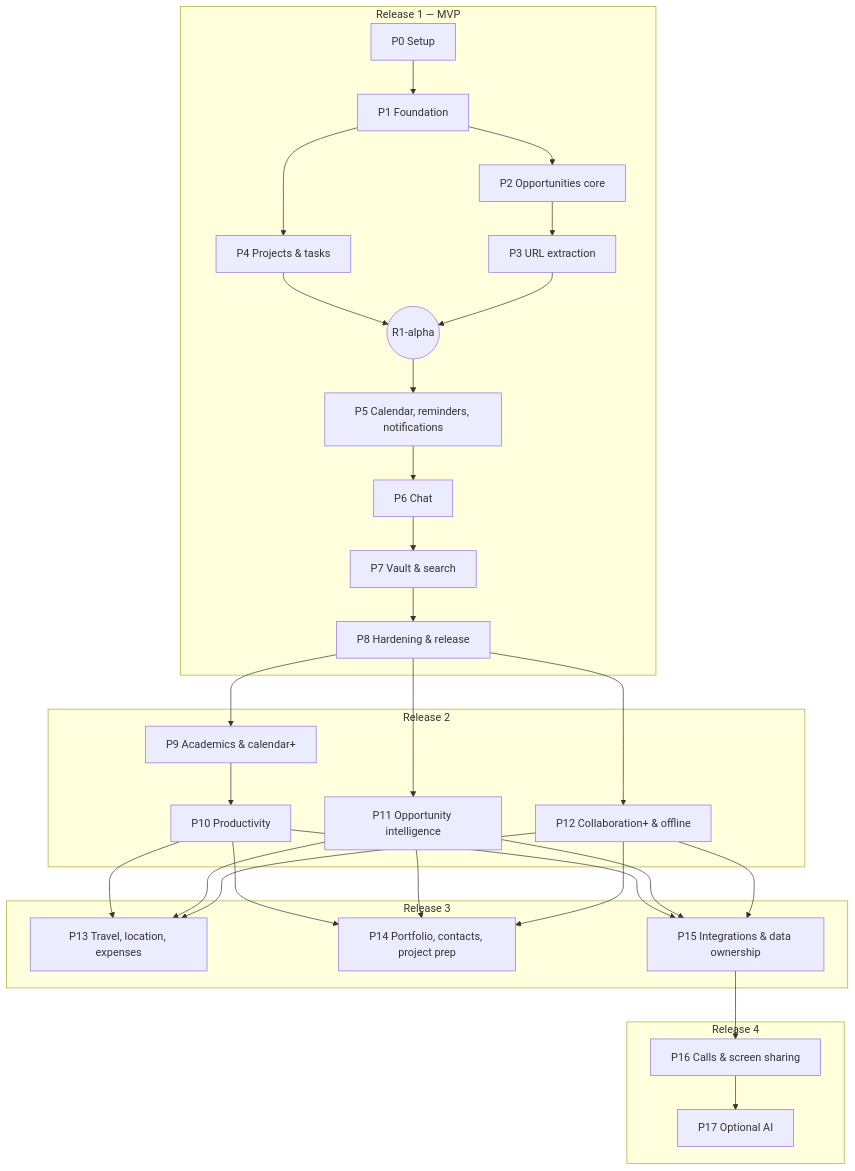
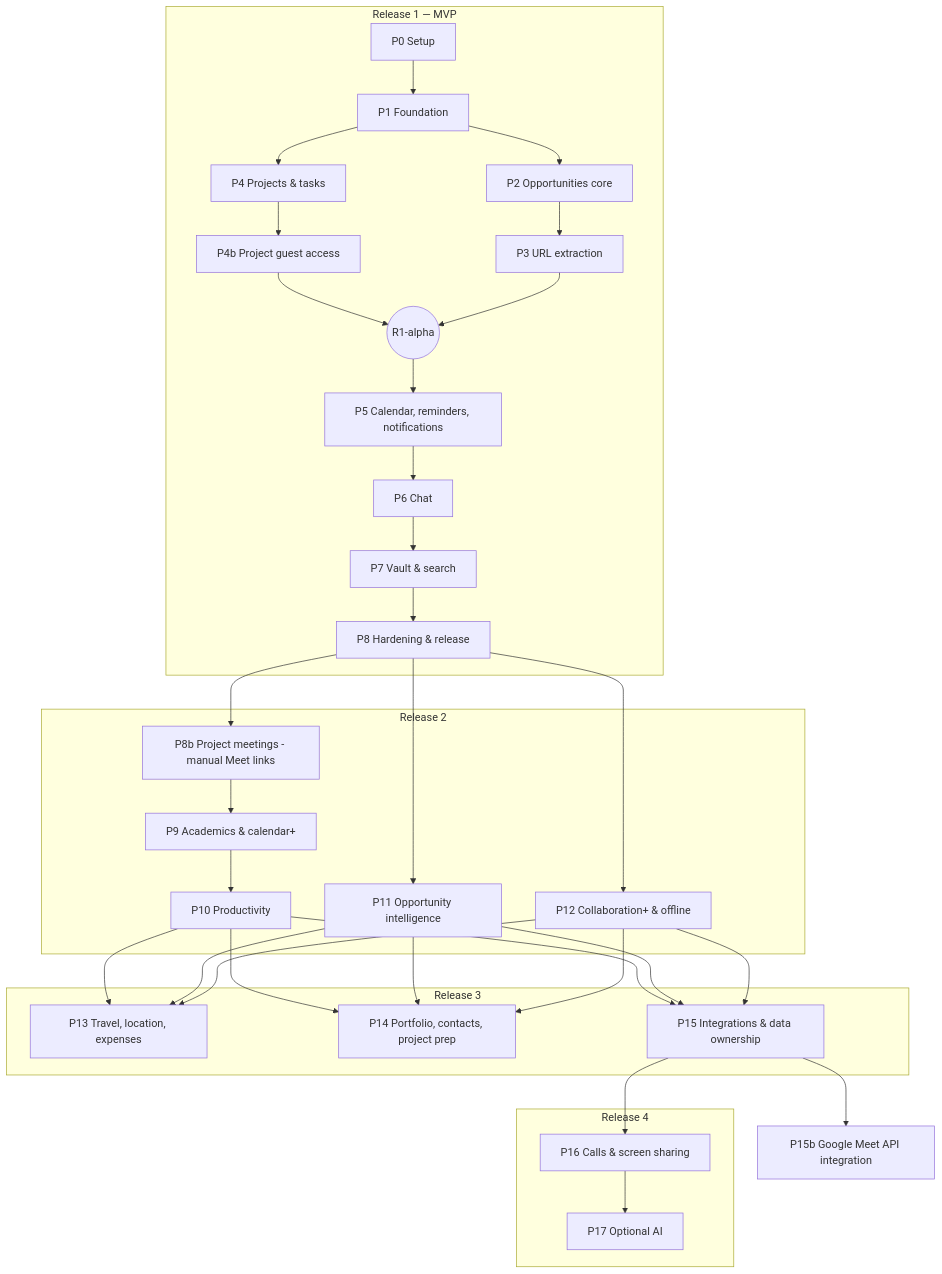
Before and after one commit to iwan-adler/luna-space: the first of 5 diagrams in docs/specs/03_impl.md, drawn with Mermaid. The commit also changed other lines of this file and 7 other files, not shown here.

First line of the commit message:
docs: project guest access and Google Meet meetings (specs v1.1) (#7)

````diff
--- a/docs/specs/03_impl.md
+++ b/docs/specs/03_impl.md
@@ -27,32 +27,36 @@
 ```mermaid
 flowchart TD
   subgraph R1[Release 1 — MVP]
     P0[P0 Setup] --> P1[P1 Foundation]
     P1 --> P2[P2 Opportunities core]
     P2 --> P3[P3 URL extraction]
     P1 --> P4[P4 Projects & tasks]
-    P4 --> A((R1-alpha))
+    P4 --> P4b[P4b Project guest access]
+    P4b --> A((R1-alpha))
     P3 --> A
     A --> P5[P5 Calendar, reminders, notifications]
     P5 --> P6[P6 Chat]
     P6 --> P7[P7 Vault & search]
     P7 --> P8[P8 Hardening & release]
   end
   subgraph R2[Release 2]
-    P9[P9 Academics & calendar+] --> P10[P10 Productivity]
+    P8b[P8b Project meetings - manual Meet links] --> P9[P9 Academics & calendar+]
+    P9 --> P10[P10 Productivity]
     P11[P11 Opportunity intelligence]
     P12[P12 Collaboration+ & offline]
   end
   subgraph R3[Release 3]
     P13[P13 Travel, location, expenses]
     P14[P14 Portfolio, contacts, project prep]
     P15[P15 Integrations & data ownership]
   end
   subgraph R4[Release 4]
     P16[P16 Calls & screen sharing]
     P17[P17 Optional AI]
   end
-  P8 --> P9 & P11 & P12
+  P8 --> P8b
+  P8 --> P11 & P12
   P10 & P11 & P12 --> P13 & P14 & P15
+  P15 --> P15b[P15b Google Meet API integration]
   P15 --> P16 --> P17
 ```
````
